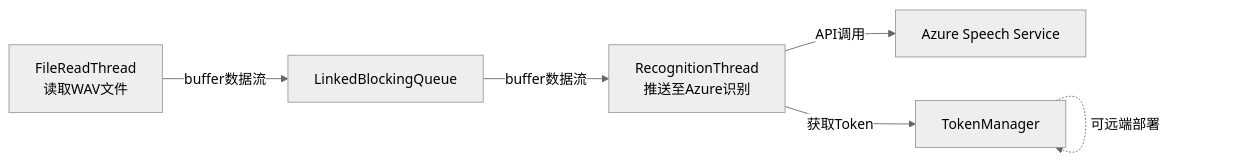
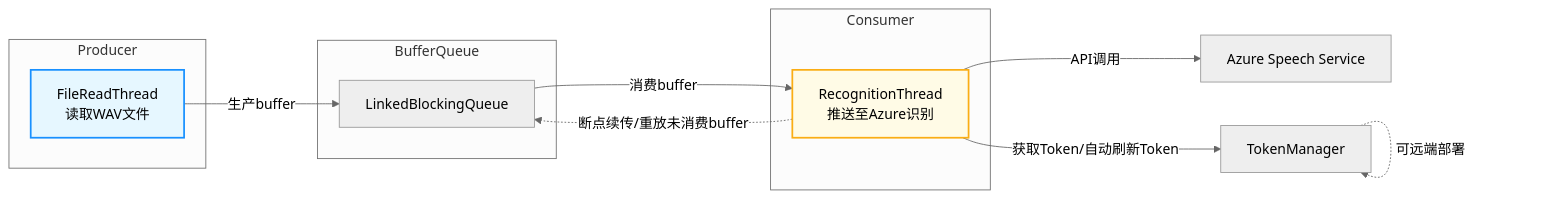
One commit to alfredzouang/SpeechToTextAudoContinousRecognition changed the first of 2 diagrams in README.md. Above: the diagram before and after it, drawn with Mermaid (neutral theme). The commit also changed other lines of this file, not shown here.

Commit message:
docs: update README and architecture diagrams

````diff
--- a/README.md
+++ b/README.md
@@ -33,8 +33,24 @@
 ```mermaid
 flowchart LR
-    A[FileReadThread<br>读取WAV文件] -- buffer数据流 --> Q[LinkedBlockingQueue]
-    Q -- buffer数据流 --> B[RecognitionThread<br>推送至Azure识别]
+    subgraph Producer
+        A[FileReadThread<br>读取WAV文件]
+    end
+    subgraph BufferQueue
+        Q[LinkedBlockingQueue]
+    end
+    subgraph Consumer
+        B[RecognitionThread<br>推送至Azure识别]
+    end
+    A -- 生产buffer --> Q
+    Q -- 消费buffer --> B
     B -- API调用 --> C[Azure Speech Service]
-    B -- 获取Token --> T[TokenManager]
+    B -- 获取Token/自动刷新Token --> T[TokenManager]
     T -. 可远端部署 .-> T
+    %% 断点续传：异常/Token过期时，RecognitionThread 将未消费 buffer 重放回队列
+    B -. 断点续传/重放未消费buffer .-> Q
+    %% 生产者-消费者模式
+    classDef prod fill:#e6f7ff,stroke:#1890ff,stroke-width:2px;
+    classDef cons fill:#fffbe6,stroke:#faad14,stroke-width:2px;
+    class A prod;
+    class B cons;
 ```
````
